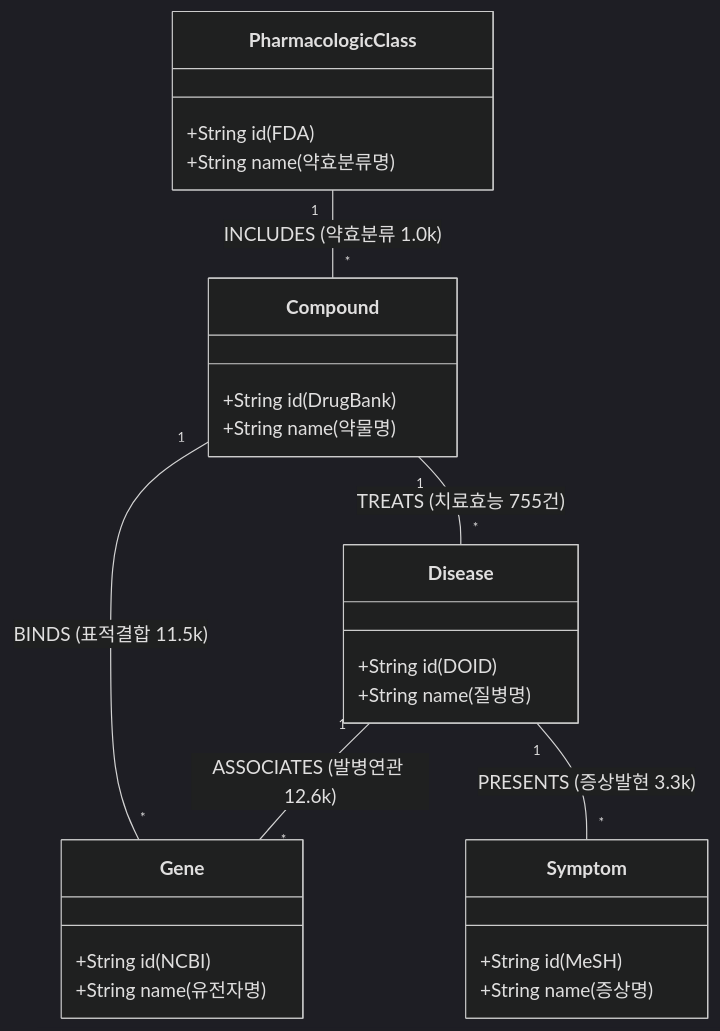
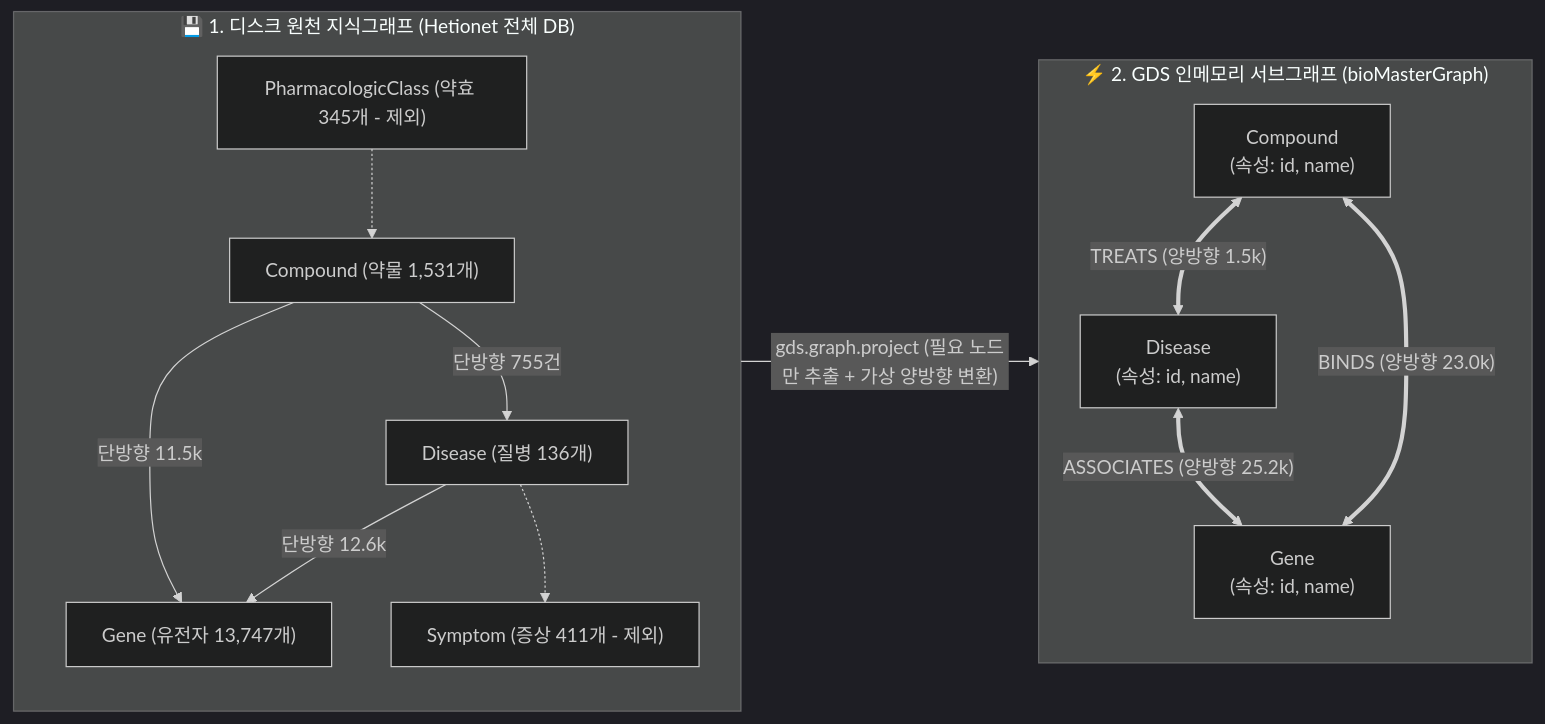
One commit to mycar4/enkoa-practice-knowledge-graph changed the diagram in 내작업폴더/day33_GDS_투영_중심성/00_Day33_GDS_알고리즘_및_투영_스키마_마스터_명세서.md. Above: the diagram before and after it, drawn with Mermaid (dark theme). The commit also changed other lines of this file, not shown here.

Commit message:
docs(day33): add explicit subgraph data structure tables and virtual property schema

````diff
--- a/내작업폴더/day33_GDS_투영_중심성/00_Day33_GDS_알고리즘_및_투영_스키마_마스터_명세서.md
+++ b/내작업폴더/day33_GDS_투영_중심성/00_Day33_GDS_알고리즘_및_투영_스키마_마스터_명세서.md
@@ -9,29 +11,30 @@
 ```mermaid
-classDiagram
-    class Disease {
-        +String id (DOID)
-        +String name (질병명)
-    }
-    class Gene {
-        +String id (NCBI)
-        +String name (유전자명)
-    }
-    class Compound {
-        +String id (DrugBank)
-        +String name (약물명)
-    }
-    class Symptom {
-        +String id (MeSH)
-        +String name (증상명)
-    }
-    class PharmacologicClass {
-        +String id (FDA)
-        +String name (약효분류명)
-    }
+flowchart LR
+    subgraph RawDB ["💾 1. 디스크 원천 지식그래프 (Hetionet 전체 DB)"]
+        direction TB
+        N1["Disease (질병 136개)"]
+        N2["Gene (유전자 13,747개)"]
+        N3["Compound (약물 1,531개)"]
+        N4["Symptom (증상 411개 - 제외)"]
+        N5["PharmacologicClass (약효 345개 - 제외)"]
+        
+        N1 -- "단방향 12.6k" --> N2
+        N3 -- "단방향 11.5k" --> N2
+        N3 -- "단방향 755건" --> N1
+        N5 -.-> N3
+        N1 -.-> N4
+    end
 
-    Disease "1" -- "*" Gene : ASSOCIATES (발병연관 12.6k)
-    Compound "1" -- "*" Gene : BINDS (표적결합 11.5k)
-    Compound "1" -- "*" Disease : TREATS (치료효능 755건)
-    PharmacologicClass "1" -- "*" Compound : INCLUDES (약효분류 1.0k)
-    Disease "1" -- "*" Symptom : PRESENTS (증상발현 3.3k)
+    subgraph Subgraph ["⚡ 2. GDS 인메모리 서브그래프 (bioMasterGraph)"]
+        direction TB
+        SN1["Disease\n(속성: id, name)"]
+        SN2["Gene\n(속성: id, name)"]
+        SN3["Compound\n(속성: id, name)"]
+        
+        SN1 <== "ASSOCIATES (양방향 25.2k)" ==> SN2
+        SN3 <== "BINDS (양방향 23.0k)" ==> SN2
+        SN3 <== "TREATS (양방향 1.5k)" ==> SN1
+    end
+
+    RawDB -- "gds.graph.project (필요 노드만 추출 + 가상 양방향 변환)" --> Subgraph
 ```
````
